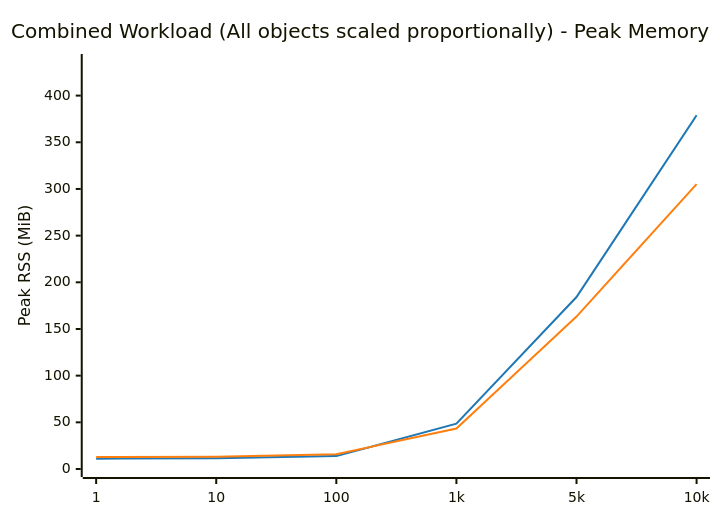
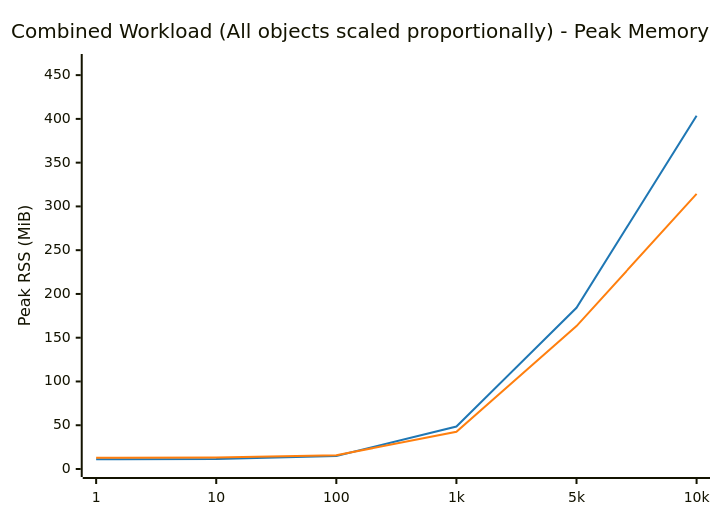
One commit to LionelJouin/ovs-ovn-bench changed diagram 14 of 14 in results/BENCHMARK_REPORT.md. Above: the diagram before and after it, drawn with Mermaid. The commit also changed other lines of this file and 4 other files, not shown here.

````diff
--- a/results/BENCHMARK_REPORT.md
+++ b/results/BENCHMARK_REPORT.md
@@ -765,14 +696,14 @@
 ```mermaid
 ---
 config:
     themeVariables:
         xyChart:
             plotColorPalette: "#1f77b4, #ff7f0e"
 ---
 xychart-beta
     title "Combined Workload (All objects scaled proportionally) - Peak Memory"
     x-axis ["1", "10", "100", "1k", "5k", "10k"]
-    y-axis "Peak RSS (MiB)" 0 --> 436
-    line "glibc malloc" [11.1, 11.5, 13.8, 48.6, 184.2, 378.9]
-    line "jemalloc" [12.9, 13.2, 15.8, 43.4, 163.3, 305.1]
+    y-axis "Peak RSS (MiB)" 0 --> 465
+    line "glibc malloc" [11.1, 11.4, 14.8, 48.5, 184.2, 403.6]
+    line "jemalloc" [12.8, 13.2, 15.7, 42.6, 163.3, 314.3]
 ```
````
